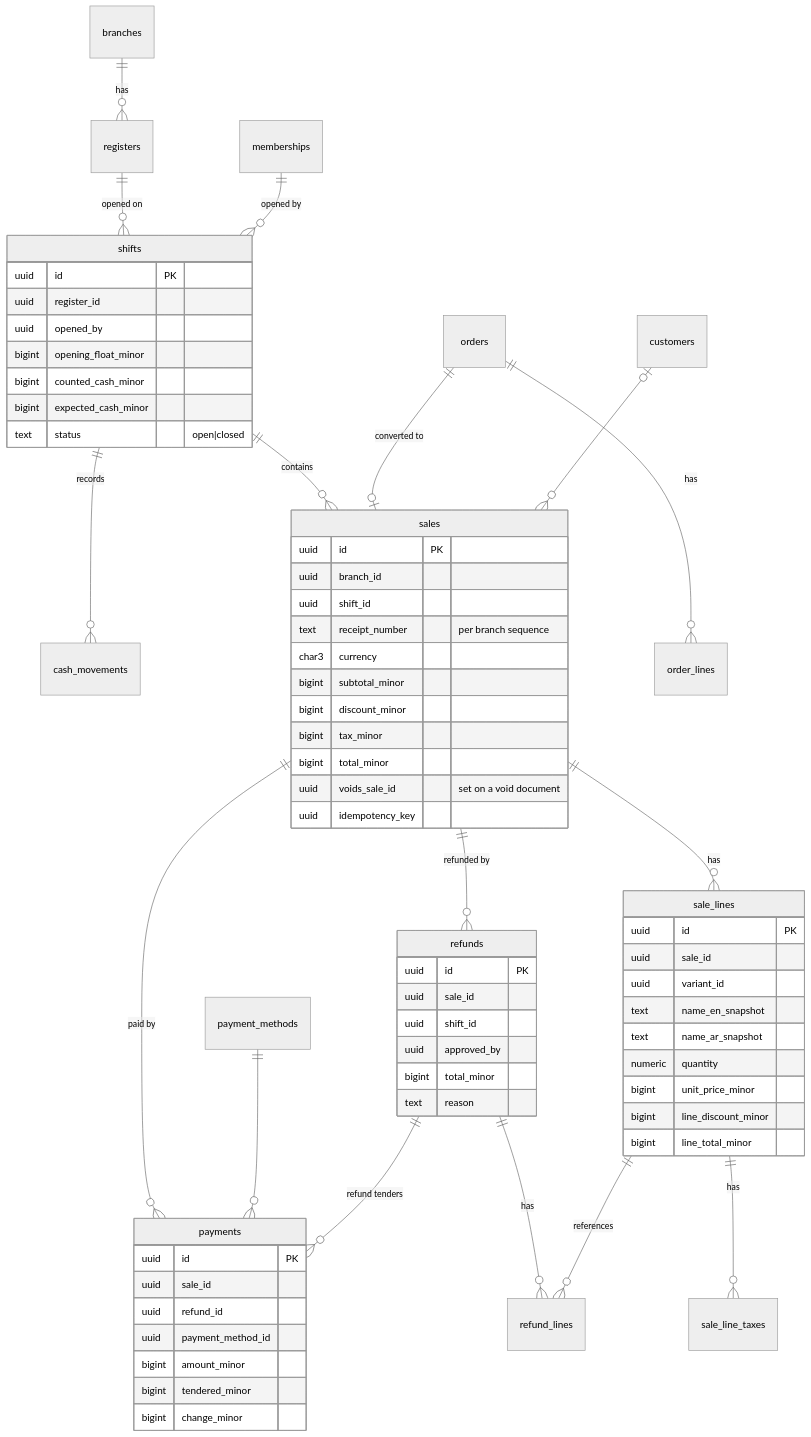
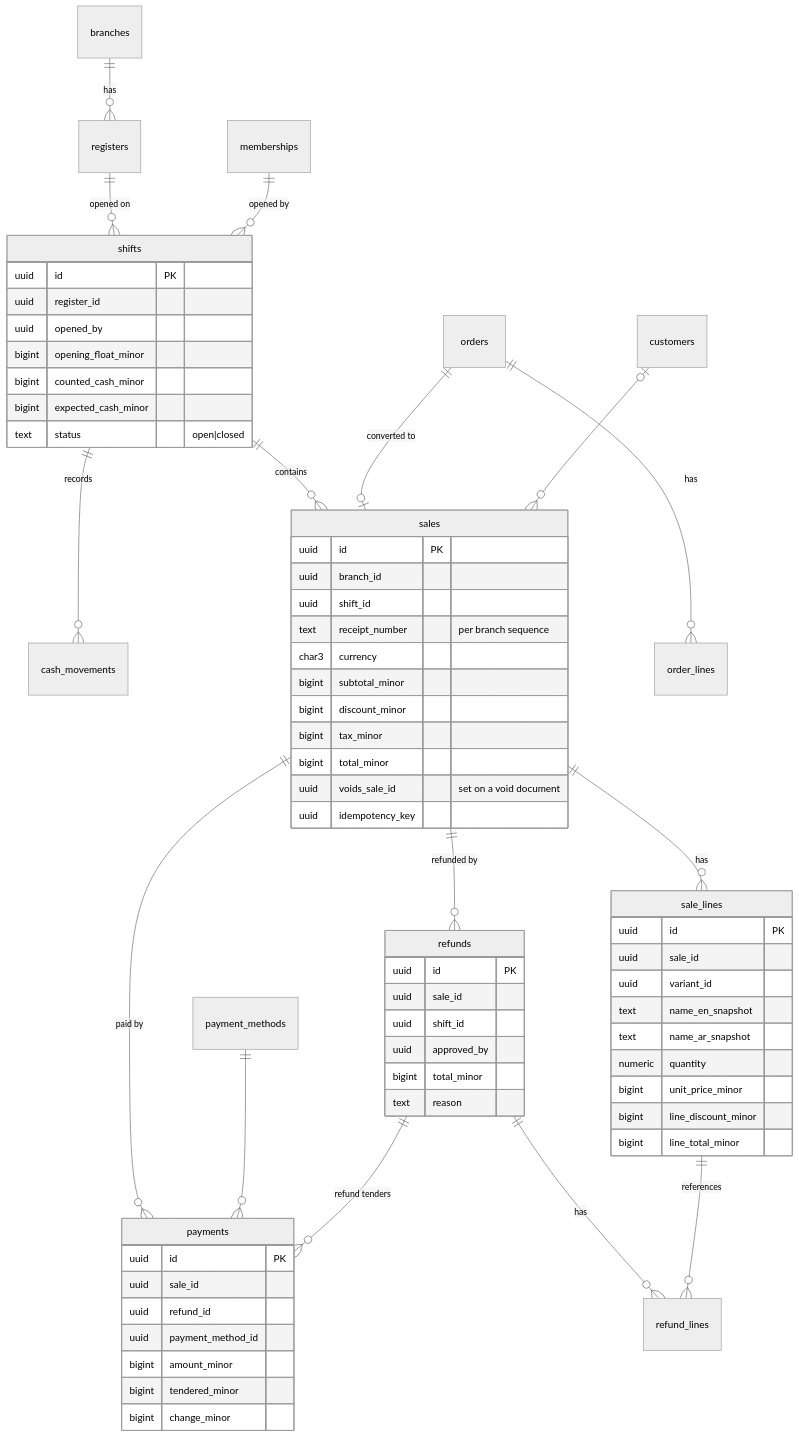
Before and after one commit to rhmanovic/arabat-pos-1026: the third of 3 diagrams in docs/DATABASE.md, drawn with Mermaid (neutral theme). The commit also changed other lines of this file and 2 other files, not shown here.

First line of the commit message:
docs: align AUTH, ARCHITECTURE and DATABASE with the code

````diff
--- a/docs/DATABASE.md
+++ b/docs/DATABASE.md
@@ -244,70 +245,69 @@
 ```mermaid
 erDiagram
   branches ||--o{ registers : has
   registers ||--o{ shifts : "opened on"
   memberships ||--o{ shifts : "opened by"
   shifts ||--o{ cash_movements : records
   shifts ||--o{ sales : contains
   orders ||--o| sales : "converted to"
   orders ||--o{ order_lines : has
   sales ||--o{ sale_lines : has
-  sale_lines ||--o{ sale_line_taxes : has
   sales ||--o{ payments : "paid by"
   payment_methods ||--o{ payments : ""
   sales ||--o{ refunds : "refunded by"
   refunds ||--o{ refund_lines : has
   sale_lines ||--o{ refund_lines : references
   refunds ||--o{ payments : "refund tenders"
   customers |o--o{ sales : ""
 
   shifts {
     uuid id PK
     uuid register_id
     uuid opened_by
     bigint opening_float_minor
     bigint counted_cash_minor
     bigint expected_cash_minor
     text status "open|closed"
   }
   sales {
     uuid id PK
     uuid branch_id
     uuid shift_id
     text receipt_number "per branch sequence"
     char3 currency
     bigint subtotal_minor
     bigint discount_minor
     bigint tax_minor
     bigint total_minor
     uuid voids_sale_id "set on a void document"
     uuid idempotency_key
   }
   sale_lines {
     uuid id PK
     uuid sale_id
     uuid variant_id
     text name_en_snapshot
     text name_ar_snapshot
     numeric quantity
     bigint unit_price_minor
     bigint line_discount_minor
     bigint line_total_minor
   }
   payments {
     uuid id PK
     uuid sale_id
     uuid refund_id
     uuid payment_method_id
     bigint amount_minor
     bigint tendered_minor
     bigint change_minor
   }
   refunds {
     uuid id PK
     uuid sale_id
     uuid shift_id
     uuid approved_by
     bigint total_minor
     text reason
   }
 ```
````
